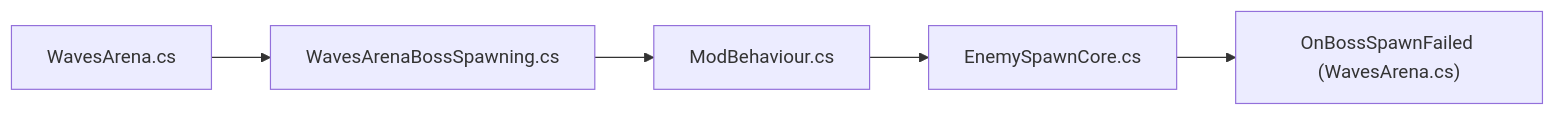
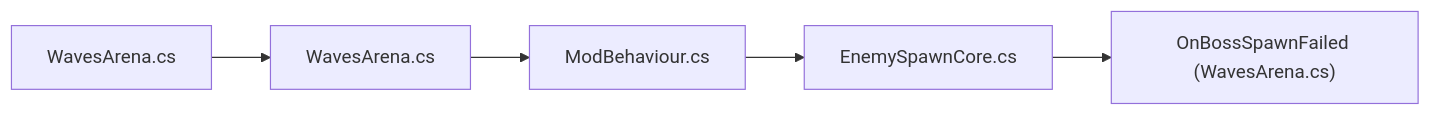
Before and after one commit to GASEN1216/BossRushMod: the fifth of 5 diagrams in .qoder/repowiki/zh/content/游戏模式系统/标准 BossRush 模式/波次管理系统/敌人生成调度/Boss生成失败处理.md, drawn with Mermaid. The commit also changed other lines of this file and 124 other files, not shown here.

````diff
--- a/.qoder/repowiki/zh/content/游戏模式系统/标准 BossRush 模式/波次管理系统/敌人生成调度/Boss生成失败处理.md
+++ b/.qoder/repowiki/zh/content/游戏模式系统/标准 BossRush 模式/波次管理系统/敌人生成调度/Boss生成失败处理.md
@@ -225,7 +225,7 @@
 ```mermaid
 graph LR
-WA["WavesArena.cs"] --> WB["WavesArenaBossSpawning.cs"]
+WA["WavesArena.cs"] --> WB["WavesArena.cs"]
 WB --> MB["ModBehaviour.cs"]
 MB --> EC["EnemySpawnCore.cs"]
 EC --> OB["OnBossSpawnFailed (WavesArena.cs)"]
 ```
````
